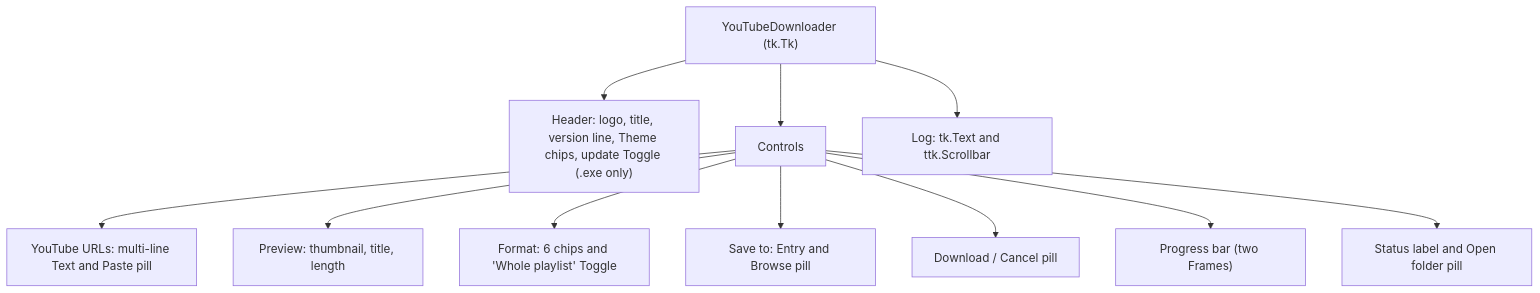
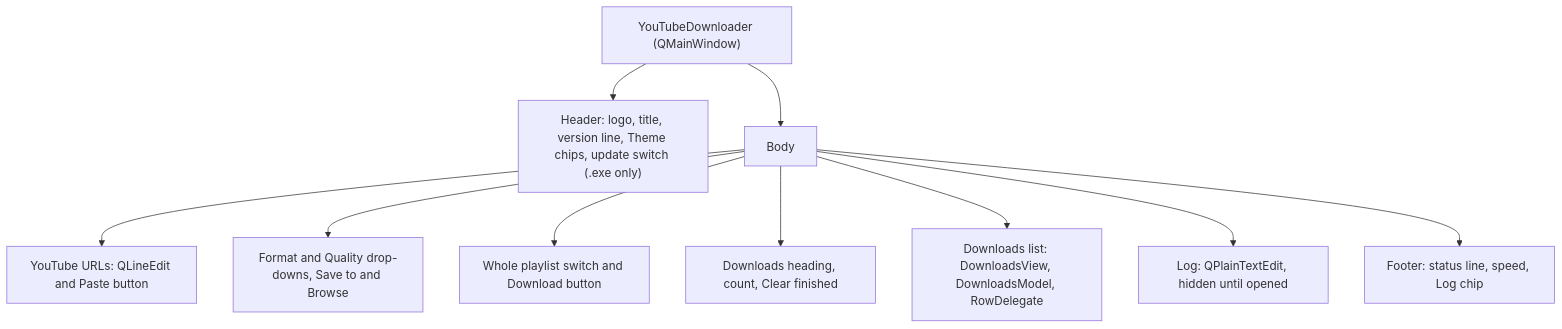
The diagram in docs/wiki/06-user-interface.md (lifeupnorth/YouTubeDownloader), drawn with Mermaid before and after one commit. The commit also changed other lines of this file and 24 other files, not shown here.

````diff
--- a/docs/wiki/06-user-interface.md
+++ b/docs/wiki/06-user-interface.md
@@ -19,13 +19,12 @@
 ```mermaid
 flowchart TD
-    root["YouTubeDownloader (tk.Tk)"] --> hdr["Header: logo, title, version line, Theme chips, update Toggle (.exe only)"]
-    root --> card["Controls"]
-    root --> log["Log: tk.Text and ttk.Scrollbar"]
-    card --> url["YouTube URLs: multi-line Text and Paste pill"]
-    card --> preview["Preview: thumbnail, title, length"]
-    card --> fmt["Format: 6 chips and 'Whole playlist' Toggle"]
-    card --> save["Save to: Entry and Browse pill"]
-    card --> btn["Download / Cancel pill"]
-    card --> bar["Progress bar (two Frames)"]
-    card --> status["Status label and Open folder pill"]
+    root["YouTubeDownloader (QMainWindow)"] --> hdr["Header: logo, title, version line, Theme chips, update switch (.exe only)"]
+    root --> body["Body"]
+    body --> url["YouTube URLs: QLineEdit and Paste button"]
+    body --> opts["Format and Quality drop-downs, Save to and Browse"]
+    body --> act["Whole playlist switch and Download button"]
+    body --> head["Downloads heading, count, Clear finished"]
+    body --> list["Downloads list: DownloadsView, DownloadsModel, RowDelegate"]
+    body --> log["Log: QPlainTextEdit, hidden until opened"]
+    body --> foot["Footer: status line, speed, Log chip"]
 ```
````
